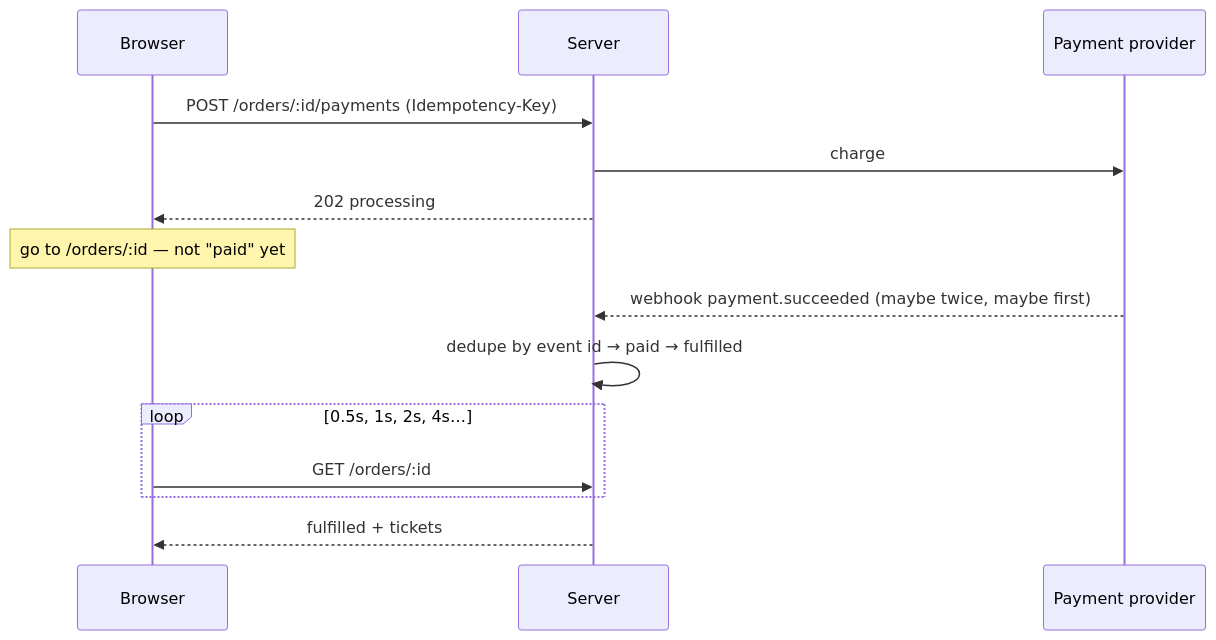
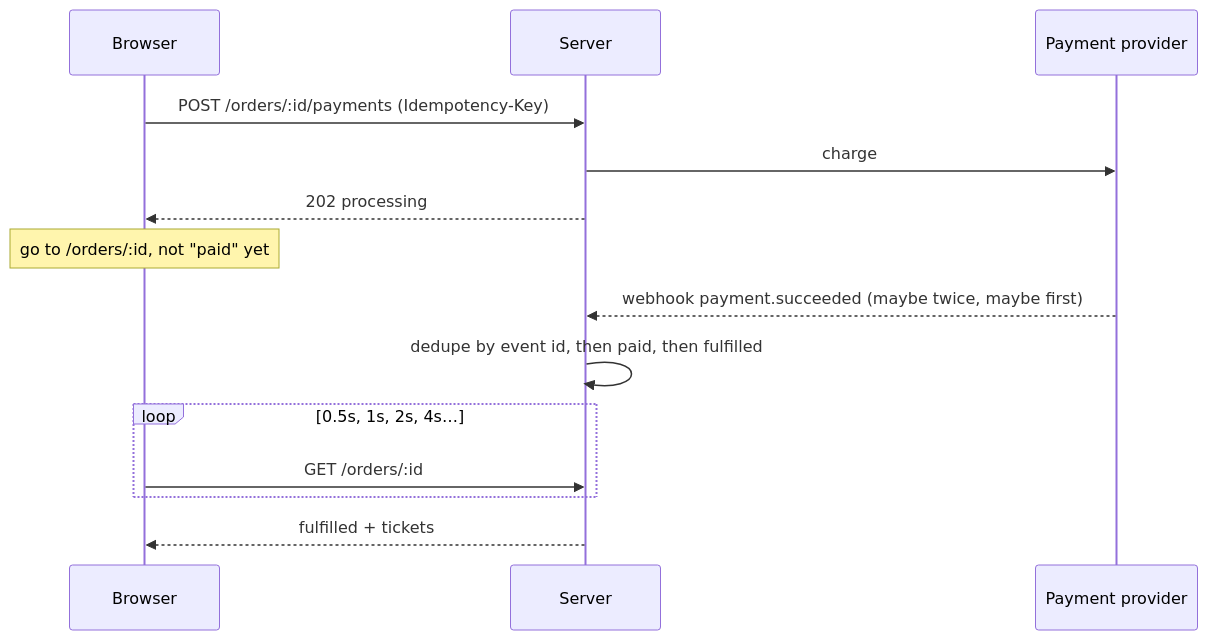
Before and after one commit to kzs2501/dresscircle: the second of 2 diagrams in README.md, drawn with Mermaid. The commit also changed other lines of this file and 5 other files, not shown here.

````diff
--- a/README.md
+++ b/README.md
@@ -281,16 +111,16 @@
 ```mermaid
 sequenceDiagram
   participant B as Browser
   participant S as Server
   participant P as Payment provider
   B->>S: POST /orders/:id/payments (Idempotency-Key)
   S->>P: charge
   S-->>B: 202 processing
-  Note over B: go to /orders/:id — not "paid" yet
+  Note over B: go to /orders/:id, not "paid" yet
   P-->>S: webhook payment.succeeded (maybe twice, maybe first)
-  S->>S: dedupe by event id → paid → fulfilled
+  S->>S: dedupe by event id, then paid, then fulfilled
   loop 0.5s, 1s, 2s, 4s…
     B->>S: GET /orders/:id
   end
   S-->>B: fulfilled + tickets
 ```
````
